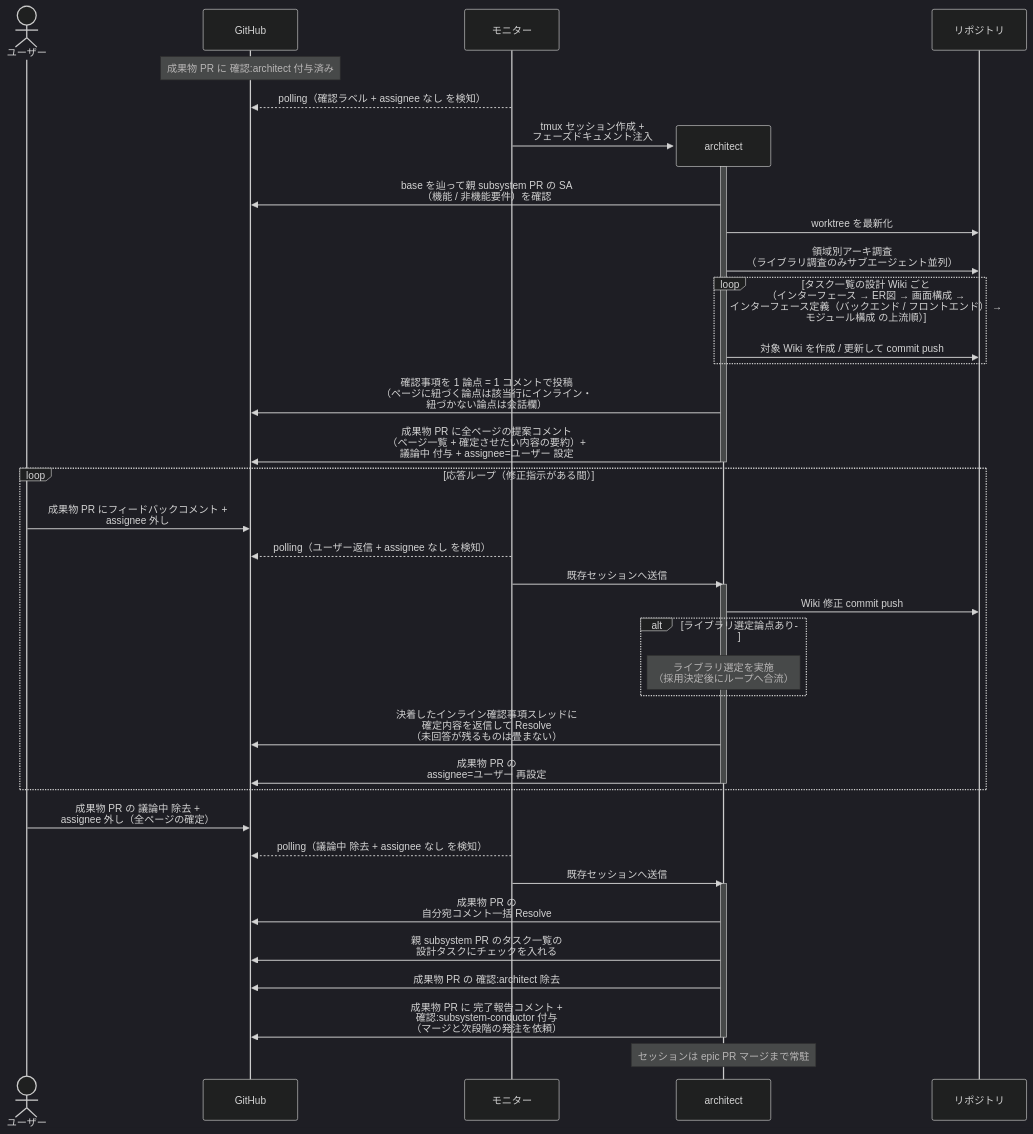
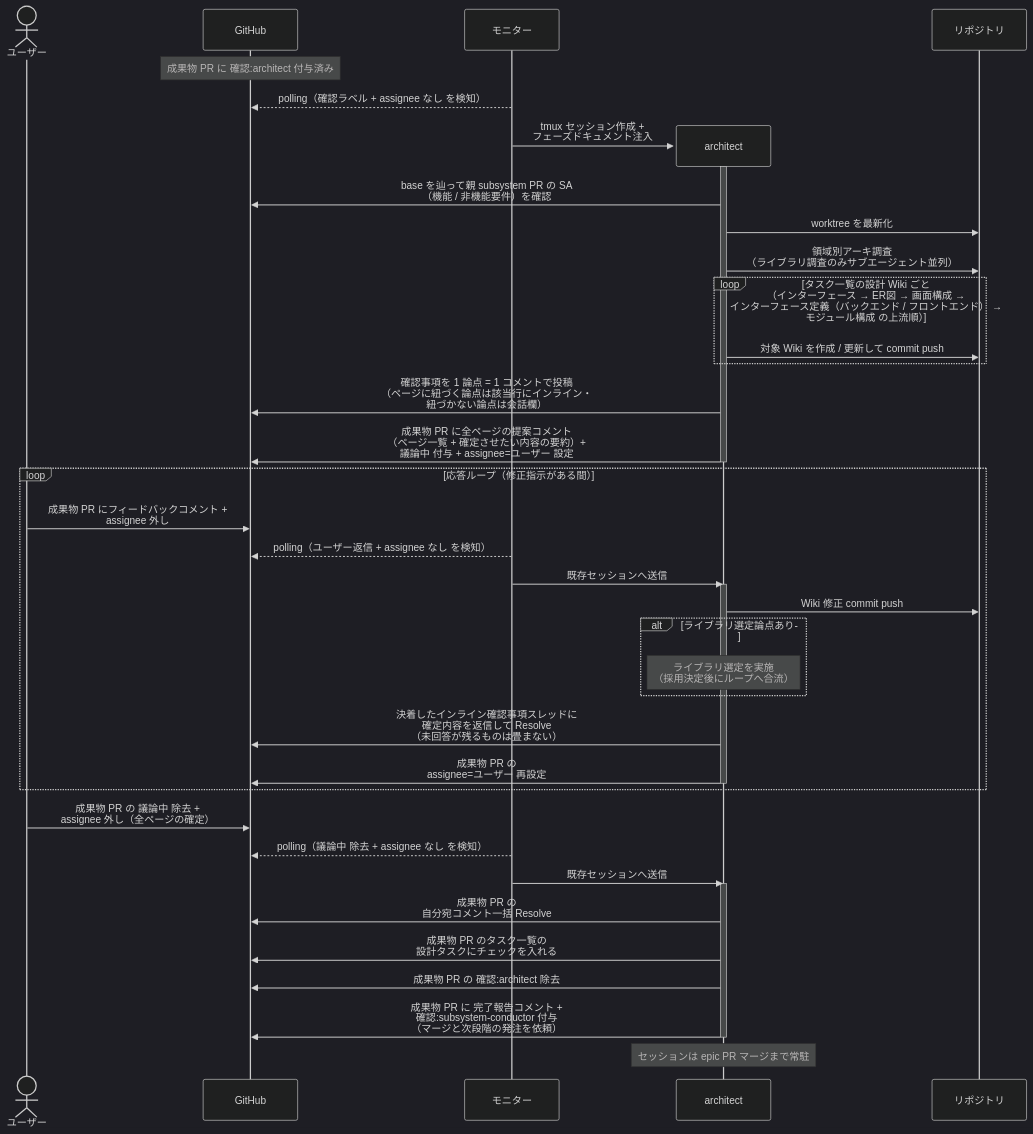
The first of 7 diagrams in docs/wiki/設計図/シナリオ/単一ユースケース/SS設計.md (shuhei1101/ai-monitor), drawn with Mermaid (dark theme) before and after one commit. The commit also changed other lines of this file and 103 other files, not shown here.

````diff
--- a/docs/wiki/設計図/シナリオ/単一ユースケース/SS設計.md
+++ b/docs/wiki/設計図/シナリオ/単一ユースケース/SS設計.md
@@ -26,50 +26,50 @@
 ```mermaid
 sequenceDiagram
   actor U as ユーザー
   participant GH as GitHub
   participant ORC as モニター
 
   Note over GH: 成果物 PR に 確認:architect 付与済み
   ORC-->>GH: polling（確認ラベル + assignee なし を検知）
   create participant MON as architect
   ORC->>MON: tmux セッション作成 +<br>フェーズドキュメント注入
   participant REPO as リポジトリ
   activate MON
   MON->>GH: base を辿って親 subsystem PR の SA<br>（機能 / 非機能要件）を確認
   MON->>REPO: worktree を最新化
   MON->>REPO: 領域別アーキ調査<br>（ライブラリ調査のみサブエージェント並列）
 
   loop タスク一覧の設計 Wiki ごと<br>（インターフェース → ER図 → 画面構成 →<br>インターフェース定義（バックエンド / フロントエンド） →<br>モジュール構成 の上流順）
     MON->>REPO: 対象 Wiki を作成 / 更新して commit push
   end
 
   MON->>GH: 確認事項を 1 論点 = 1 コメントで投稿<br>（ページに紐づく論点は該当行にインライン・<br>紐づかない論点は会話欄）
   MON->>GH: 成果物 PR に全ページの提案コメント<br>（ページ一覧 + 確定させたい内容の要約）+<br>議論中 付与 + assignee=ユーザー 設定
   deactivate MON
 
   loop 応答ループ（修正指示がある間）
     U->>GH: 成果物 PR にフィードバックコメント +<br>assignee 外し
     ORC-->>GH: polling（ユーザー返信 + assignee なし を検知）
     ORC->>MON: 既存セッションへ送信
     activate MON
     MON->>REPO: Wiki 修正 commit push
     alt ライブラリ選定論点あり
       Note over MON: ライブラリ選定を実施<br>（採用決定後にループへ合流）
     end
     MON->>GH: 決着したインライン確認事項スレッドに<br>確定内容を返信して Resolve<br>（未回答が残るものは畳まない）
     MON->>GH: 成果物 PR の<br>assignee=ユーザー 再設定
     deactivate MON
   end
 
   U->>GH: 成果物 PR の 議論中 除去 +<br>assignee 外し（全ページの確定）
   ORC-->>GH: polling（議論中 除去 + assignee なし を検知）
   ORC->>MON: 既存セッションへ送信
   activate MON
   MON->>GH: 成果物 PR の<br>自分宛コメント一括 Resolve
 
-  MON->>GH: 親 subsystem PR のタスク一覧の<br>設計タスクにチェックを入れる
+  MON->>GH: 成果物 PR のタスク一覧の<br>設計タスクにチェックを入れる
   MON->>GH: 成果物 PR の 確認:architect 除去
   MON->>GH: 成果物 PR に 完了報告コメント +<br>確認:subsystem-conductor 付与<br>（マージと次段階の発注を依頼）
   deactivate MON
   Note over MON: セッションは epic PR マージまで常駐
 ```
````
